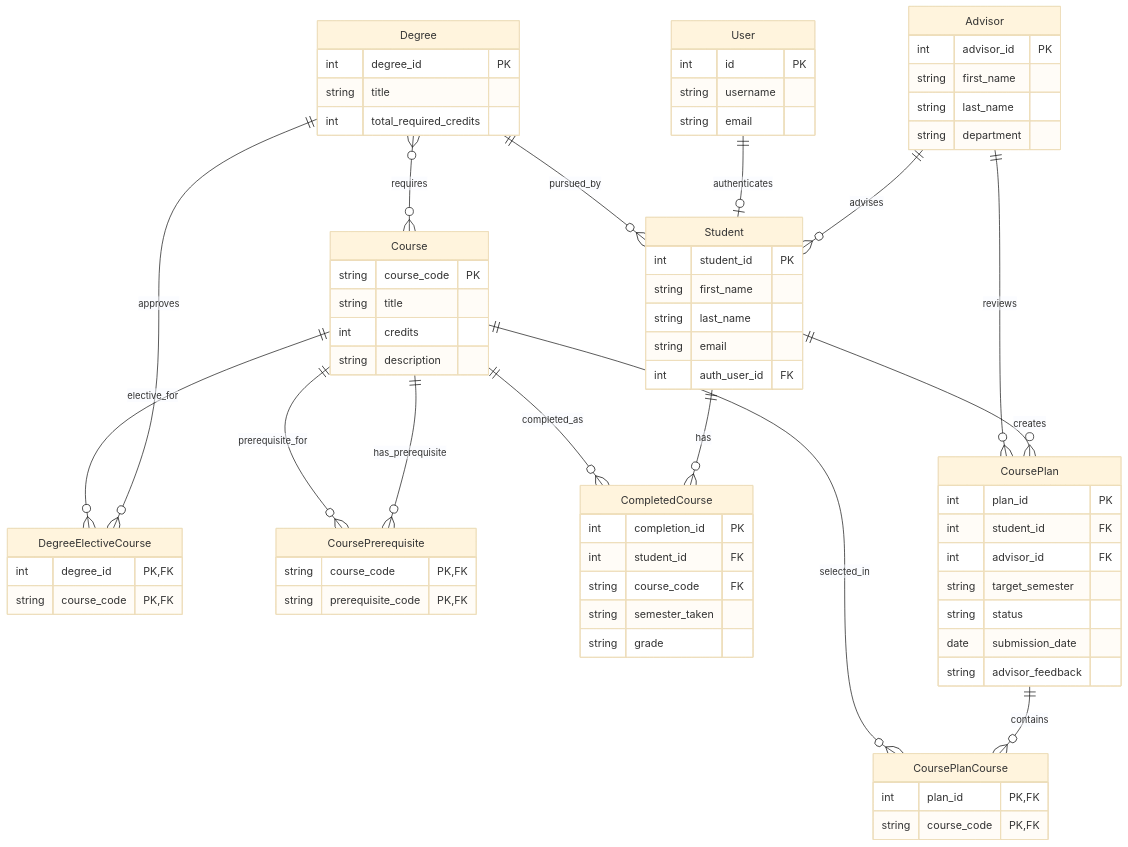
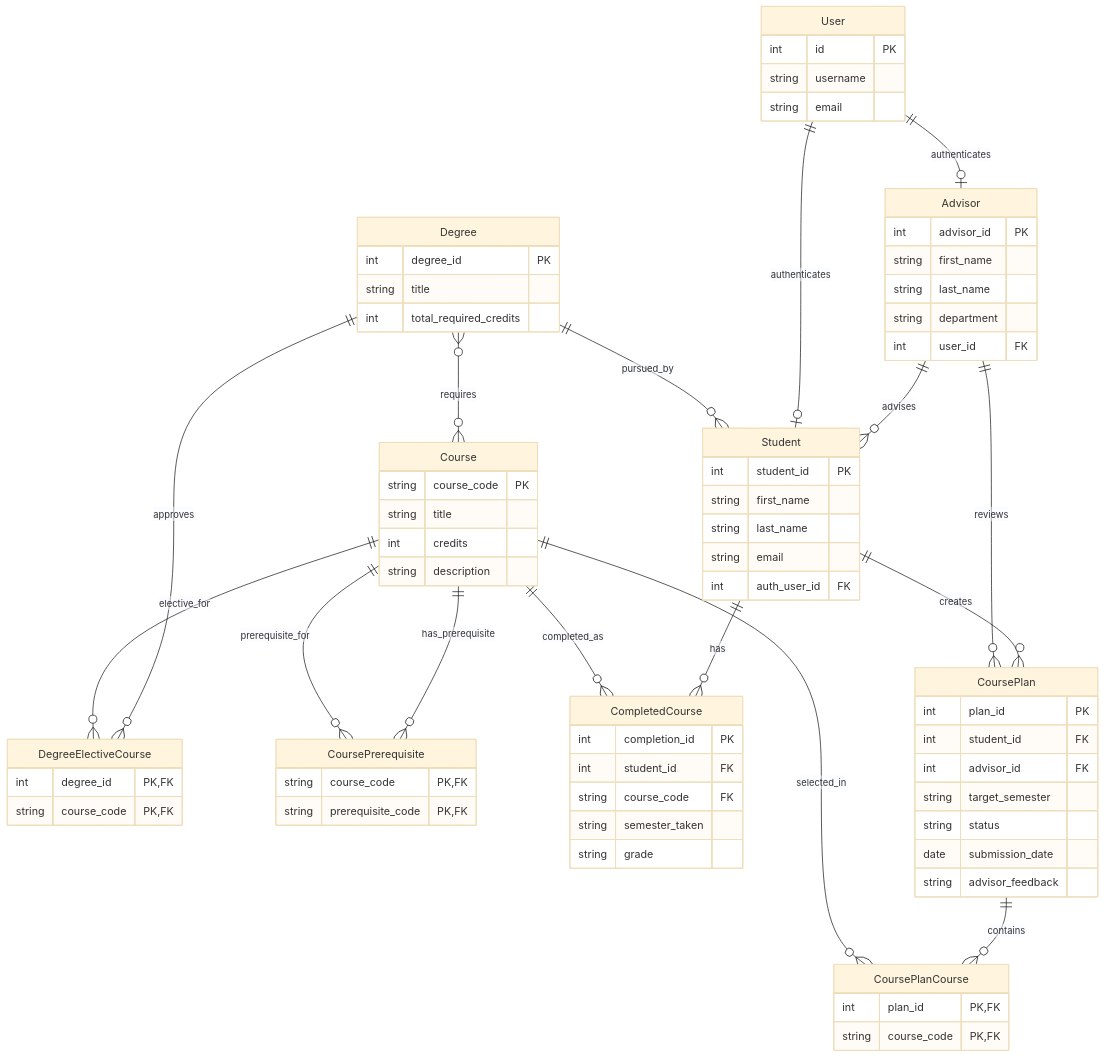
One commit to Hedley01/comp3613a1 changed the diagram in docs/report.md. Above: the diagram before and after it, drawn with Mermaid (base theme). The commit also changed other lines of this file and 25 other files, not shown here.

````diff
--- a/docs/report.md
+++ b/docs/report.md
@@ -33,75 +33,77 @@
 ```mermaid
 erDiagram
   Student {
     int student_id PK
     string first_name
     string last_name
     string email
     int auth_user_id FK
   }
   User {
     int id PK
     string username
     string email
   }
   Advisor {
     int advisor_id PK
     string first_name
     string last_name
     string department
+    int user_id FK
   }
   Degree {
     int degree_id PK
     string title
     int total_required_credits
   }
   Course {
     string course_code PK
     string title
     int credits
     string description
   }
   DegreeElectiveCourse {
     int degree_id PK, FK
     string course_code PK, FK
   }
   CoursePrerequisite {
     string course_code PK, FK
     string prerequisite_code PK, FK
   }
   CompletedCourse {
     int completion_id PK
     int student_id FK
     string course_code FK
     string semester_taken
     string grade
   }
   CoursePlan {
     int plan_id PK
     int student_id FK
     int advisor_id FK
     string target_semester
     string status
     date submission_date
     string advisor_feedback
   }
   CoursePlanCourse {
     int plan_id PK, FK
     string course_code PK, FK
   }
 
   Advisor ||--o{ Student : advises
   User ||--o| Student : authenticates
+  User ||--o| Advisor : authenticates
   Degree ||--o{ Student : pursued_by
   Degree }o--o{ Course : requires
   Degree ||--o{ DegreeElectiveCourse : approves
   Course ||--o{ DegreeElectiveCourse : elective_for
   Course ||--o{ CoursePrerequisite : has_prerequisite
   Course ||--o{ CoursePrerequisite : prerequisite_for
   Student ||--o{ CompletedCourse : has
   Course ||--o{ CompletedCourse : completed_as
   Student ||--o{ CoursePlan : creates
   Advisor ||--o{ CoursePlan : reviews
   CoursePlan ||--o{ CoursePlanCourse : contains
   Course ||--o{ CoursePlanCourse : selected_in
 ```
````
